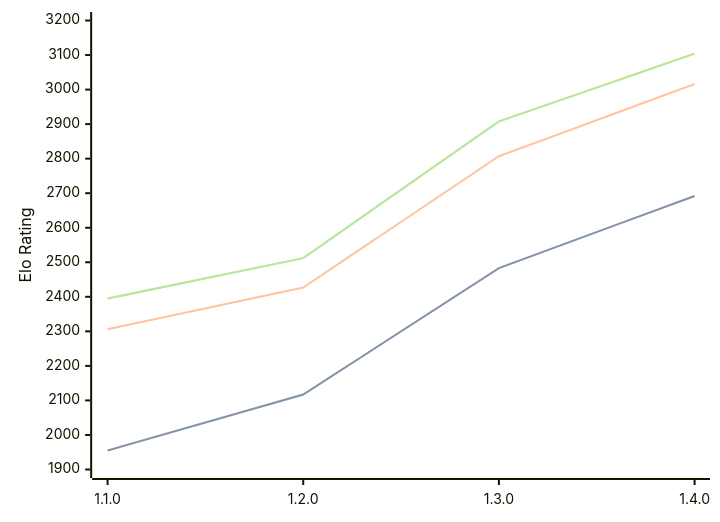
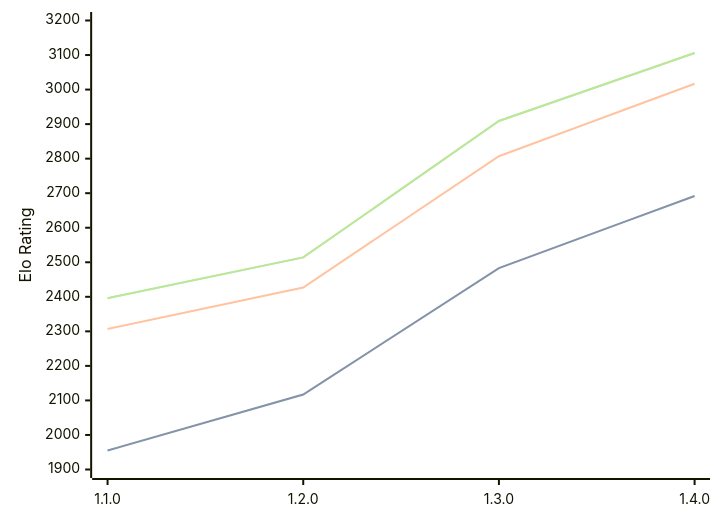
Before and after one commit to computer-chess-index/cci: the first of 3 diagrams in engines/Gyatso.md, drawn with Mermaid. The commit also changed other lines of this file, not shown here.

Commit message:
Update CCI Ratings (ELO VLTC) - 2026-06-24

````diff
--- a/engines/Gyatso.md
+++ b/engines/Gyatso.md
@@ -35,11 +35,11 @@
 ```mermaid
 %%{init: {"theme":"base","themeVariables":{"seriesColors:['#a3a3a3','#222221','#faa371']}}}%%
 xychart-beta
   x-axis ["1.1.0", "1.2.0", "1.3.0", "1.4.0"]
   y-axis "Elo Rating" 1900 --> 3200
   line "STC (8.0+0.08s)" [1955, 2117, 2483, 2692]
   line "STC (8.0+0.08s)" [1955, 2117, 2483, 2692]
-  line "LTC (60.0+0.60s)" [2306, 2427, 2807, 3016]
-  line "VLTC (2m24s+1.12s)" [2395, 2512, 2908, 3104]
-  line "VLTC (2m24s+1.12s)" [2395, 2512, 2908, 3104]
+  line "LTC (60.0+0.60s)" [2307, 2427, 2807, 3017]
+  line "VLTC (2m24s+1.12s)" [2396, 2514, 2909, 3106]
+  line "VLTC (2m24s+1.12s)" [2396, 2514, 2909, 3106]
 ```
````
